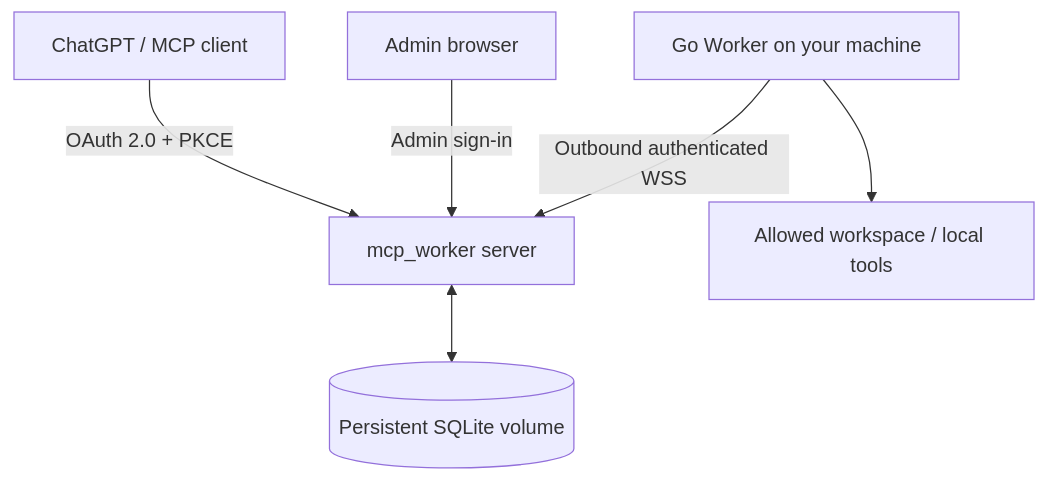
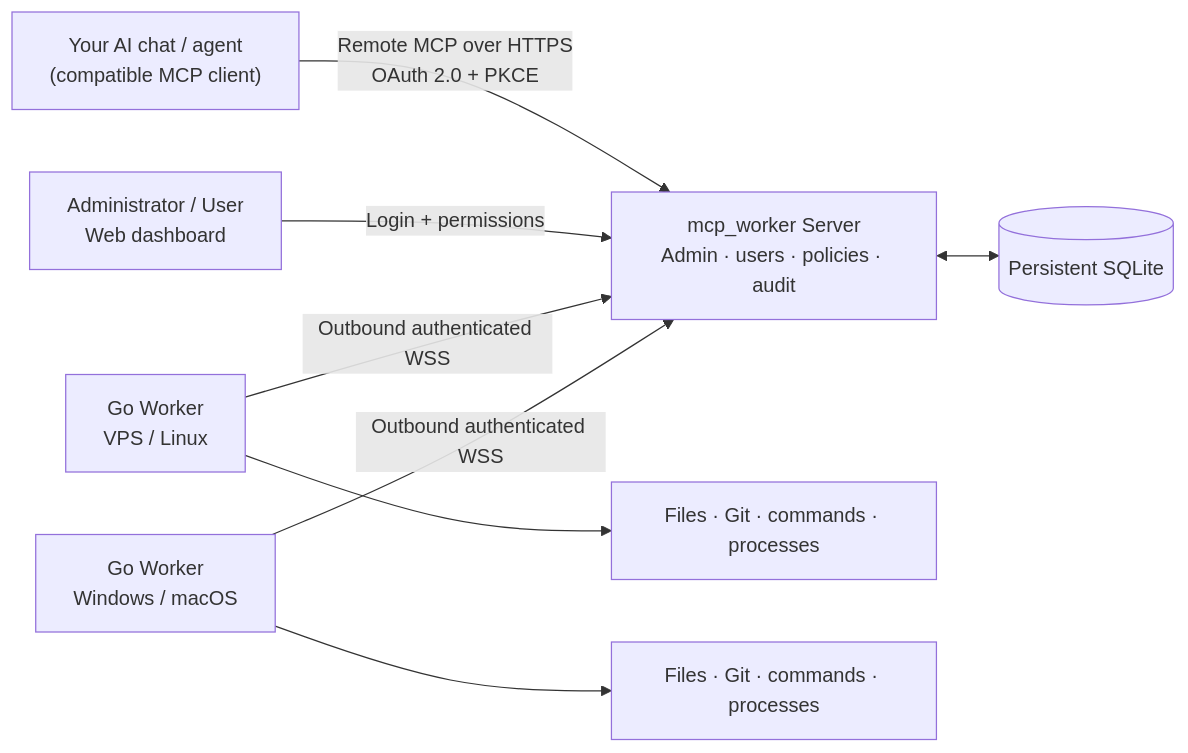
The diagram in README.md (mathew15064/mcp_worker), drawn with Mermaid before and after one commit. The commit also changed other lines of this file, not shown here.

Commit message:
docs: position mcp_worker as a model-agnostic AI-to-machine MCP gateway

````diff
--- a/README.md
+++ b/README.md
@@ -9,8 +39,10 @@
 ```mermaid
-flowchart TD
-    A["ChatGPT / MCP client"] -->|"OAuth 2.0 + PKCE"| B["mcp_worker server"]
-    D["Admin browser"] -->|"Admin sign-in"| B
-    B <--> C[("Persistent SQLite volume")]
-    W["Go Worker on your machine"] -->|"Outbound authenticated WSS"| B
-    W --> E["Allowed workspace / local tools"]
+flowchart LR
+    AI["Your AI chat / agent\n(compatible MCP client)"] -->|"Remote MCP over HTTPS\nOAuth 2.0 + PKCE"| HUB["mcp_worker Server\nAdmin · users · policies · audit"]
+    ADMIN["Administrator / User\nWeb dashboard"] -->|"Login + permissions"| HUB
+    HUB <--> DB[("Persistent SQLite")]
+    W1["Go Worker\nVPS / Linux"] -->|"Outbound authenticated WSS"| HUB
+    W2["Go Worker\nWindows / macOS"] -->|"Outbound authenticated WSS"| HUB
+    W1 --> F1["Files · Git · commands · processes"]
+    W2 --> F2["Files · Git · commands · processes"]
 ```
````
